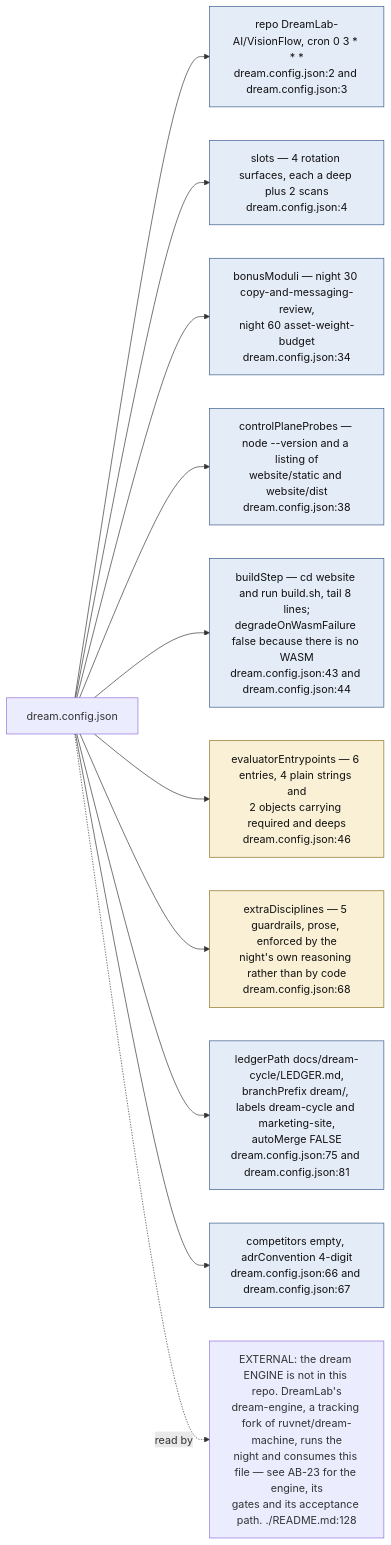
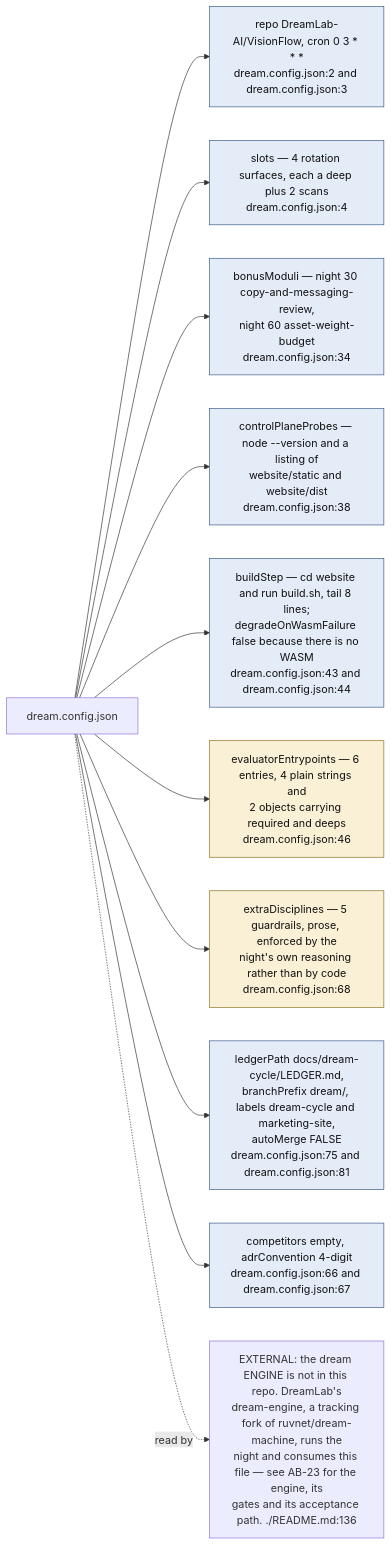
One commit to DreamLab-AI/VisionFlow changed the first of 9 diagrams in docs/diagrams/visionflow/04-dream-cycle-integration.md. Above: the diagram before and after it, drawn with Mermaid. The commit also changed other lines of this file and 94 other files, not shown here.

First line of the commit message:
docs(diagrams): re-verify 130 topics against 2 October HEADs

````diff
--- a/docs/diagrams/visionflow/04-dream-cycle-integration.md
+++ b/docs/diagrams/visionflow/04-dream-cycle-integration.md
@@ -34,19 +34,19 @@
 ```mermaid
 flowchart LR
     classDef cfg fill:#e4ecf8,stroke:#3a5a8a,color:#111
     classDef gate fill:#f9f0d5,stroke:#8a7020,color:#111
 
     C["dream.config.json"]
     C --> ID["repo DreamLab-AI/VisionFlow, cron 0 3 * * *<br/>dream.config.json:2 and dream.config.json:3"]:::cfg
     C --> SL["slots — 4 rotation surfaces, each a deep plus 2 scans<br/>dream.config.json:4"]:::cfg
     C --> BM["bonusModuli — night 30 copy-and-messaging-review,<br/>night 60 asset-weight-budget<br/>dream.config.json:34"]:::cfg
     C --> CP["controlPlaneProbes — node --version and a listing of<br/>website/static and website/dist<br/>dream.config.json:38"]:::cfg
     C --> BS["buildStep — cd website and run build.sh, tail 8 lines;<br/>degradeOnWasmFailure false because there is no WASM<br/>dream.config.json:43 and dream.config.json:44"]:::cfg
     C --> EE["evaluatorEntrypoints — 6 entries, 4 plain strings and<br/>2 objects carrying required and deeps<br/>dream.config.json:46"]:::gate
     C --> ED["extraDisciplines — 5 guardrails, prose, enforced by the<br/>night's own reasoning rather than by code<br/>dream.config.json:68"]:::gate
     C --> OUT["ledgerPath docs/dream-cycle/LEDGER.md,<br/>branchPrefix dream/, labels dream-cycle and marketing-site,<br/>autoMerge FALSE<br/>dream.config.json:75 and dream.config.json:81"]:::cfg
     C --> MISC["competitors empty, adrConvention 4-digit<br/>dream.config.json:66 and dream.config.json:67"]:::cfg
 
-    ENG["EXTERNAL: the dream ENGINE is not in this repo. DreamLab's<br/>dream-engine, a tracking fork of ruvnet/dream-machine, runs the<br/>night and consumes this file — see AB-23 for the engine, its<br/>gates and its acceptance path. ./README.md:128"]
+    ENG["EXTERNAL: the dream ENGINE is not in this repo. DreamLab's<br/>dream-engine, a tracking fork of ruvnet/dream-machine, runs the<br/>night and consumes this file — see AB-23 for the engine, its<br/>gates and its acceptance path. ./README.md:136"]
     C -.->|"read by"| ENG
 ```
````
